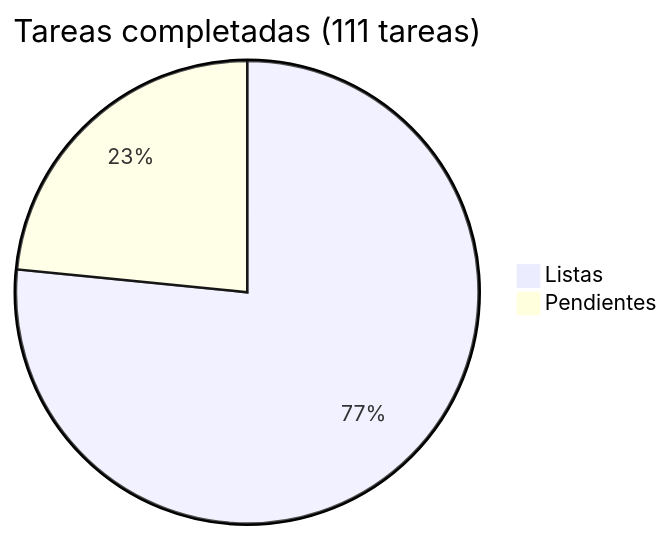
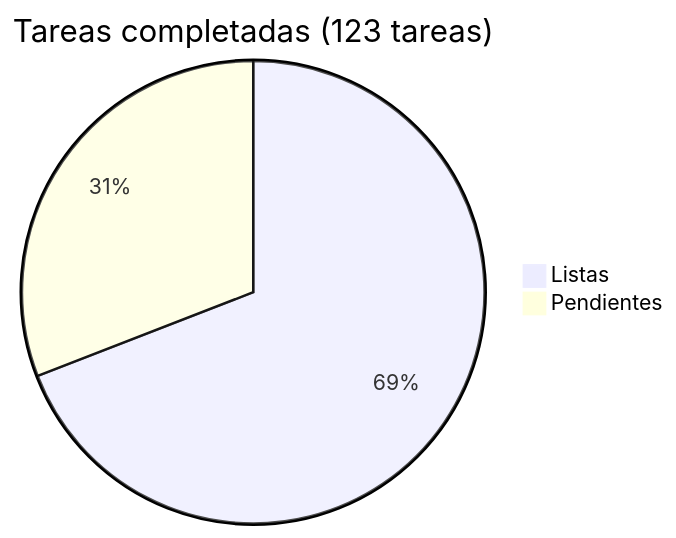
The diagram in docs/roadmap/README.md (araguaney-lat/araguaney), drawn with Mermaid before and after one commit. The commit also changed other lines of this file and 1 other file, not shown here.

Commit message:
docs: Phase 6 — campaign scope, user-campaign association, connectivity rules

````diff
--- a/docs/roadmap/README.md
+++ b/docs/roadmap/README.md
@@ -5,5 +5,5 @@
 ```mermaid
-pie title Tareas completadas (111 tareas)
+pie title Tareas completadas (123 tareas)
     "Listas" : 85
-    "Pendientes" : 26
+    "Pendientes" : 38
 ```
````
